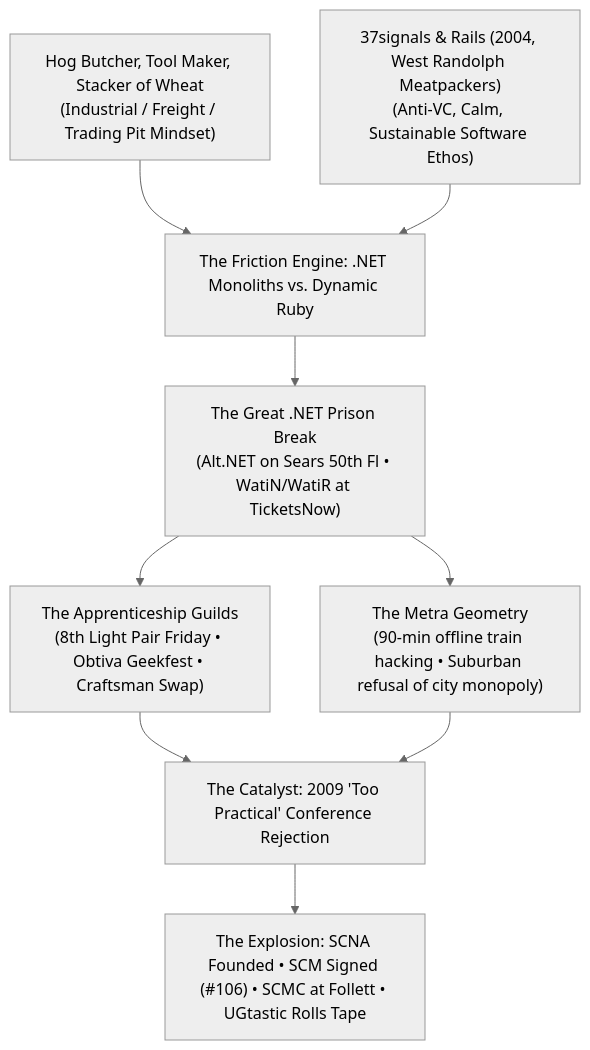
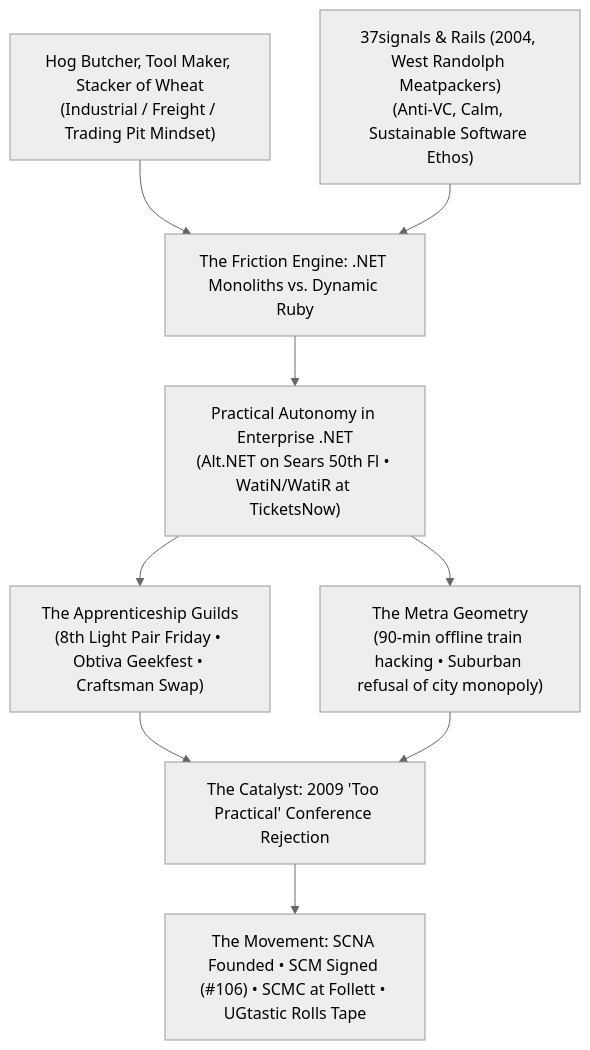
One commit to just3ws/just3ws.github.io changed the diagram in _posts/2026-10-02-the-chicago-crucible-why-craftsmanship-happened-here.md. Above: the diagram before and after it, drawn with Mermaid (neutral theme). The commit also changed other lines of this file and 40 other files, not shown here.

Commit message:
Calibrate Software Craftsmanship framing, SCMC 2-year transition, and Knowledge Graph memory

````diff
--- a/_posts/2026-10-02-the-chicago-crucible-why-craftsmanship-happened-here.md
+++ b/_posts/2026-10-02-the-chicago-crucible-why-craftsmanship-happened-here.md
@@ -37,15 +37,15 @@
 ```mermaid
 flowchart TD
     A["Hog Butcher, Tool Maker, Stacker of Wheat<br>(Industrial / Freight / Trading Pit Mindset)"] --> C["The Friction Engine: .NET Monoliths vs. Dynamic Ruby"]
     B["37signals & Rails (2004, West Randolph Meatpackers)<br>(Anti-VC, Calm, Sustainable Software Ethos)"] --> C
     
-    C --> D["The Great .NET Prison Break<br>(Alt.NET on Sears 50th Fl • WatiN/WatiR at TicketsNow)"]
+    C --> D["Practical Autonomy in Enterprise .NET<br>(Alt.NET on Sears 50th Fl • WatiN/WatiR at TicketsNow)"]
     
     D --> E["The Apprenticeship Guilds<br>(8th Light Pair Friday • Obtiva Geekfest • Craftsman Swap)"]
     D --> F["The Metra Geometry<br>(90-min offline train hacking • Suburban refusal of city monopoly)"]
     
     E --> G["The Catalyst: 2009 'Too Practical' Conference Rejection"]
     F --> G
     
-    G --> H["The Explosion: SCNA Founded • SCM Signed (#106) • SCMC at Follett • UGtastic Rolls Tape"]
+    G --> H["The Movement: SCNA Founded • SCM Signed (#106) • SCMC at Follett • UGtastic Rolls Tape"]
 ```
````
